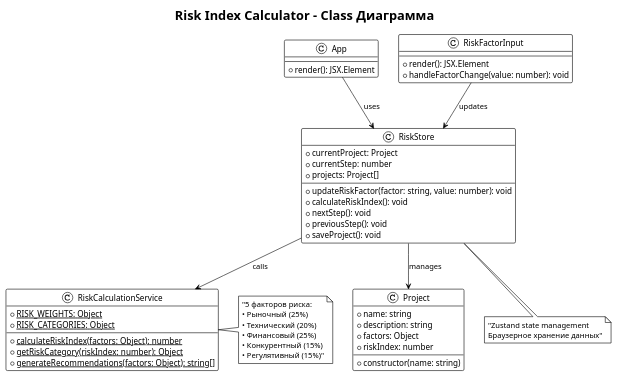
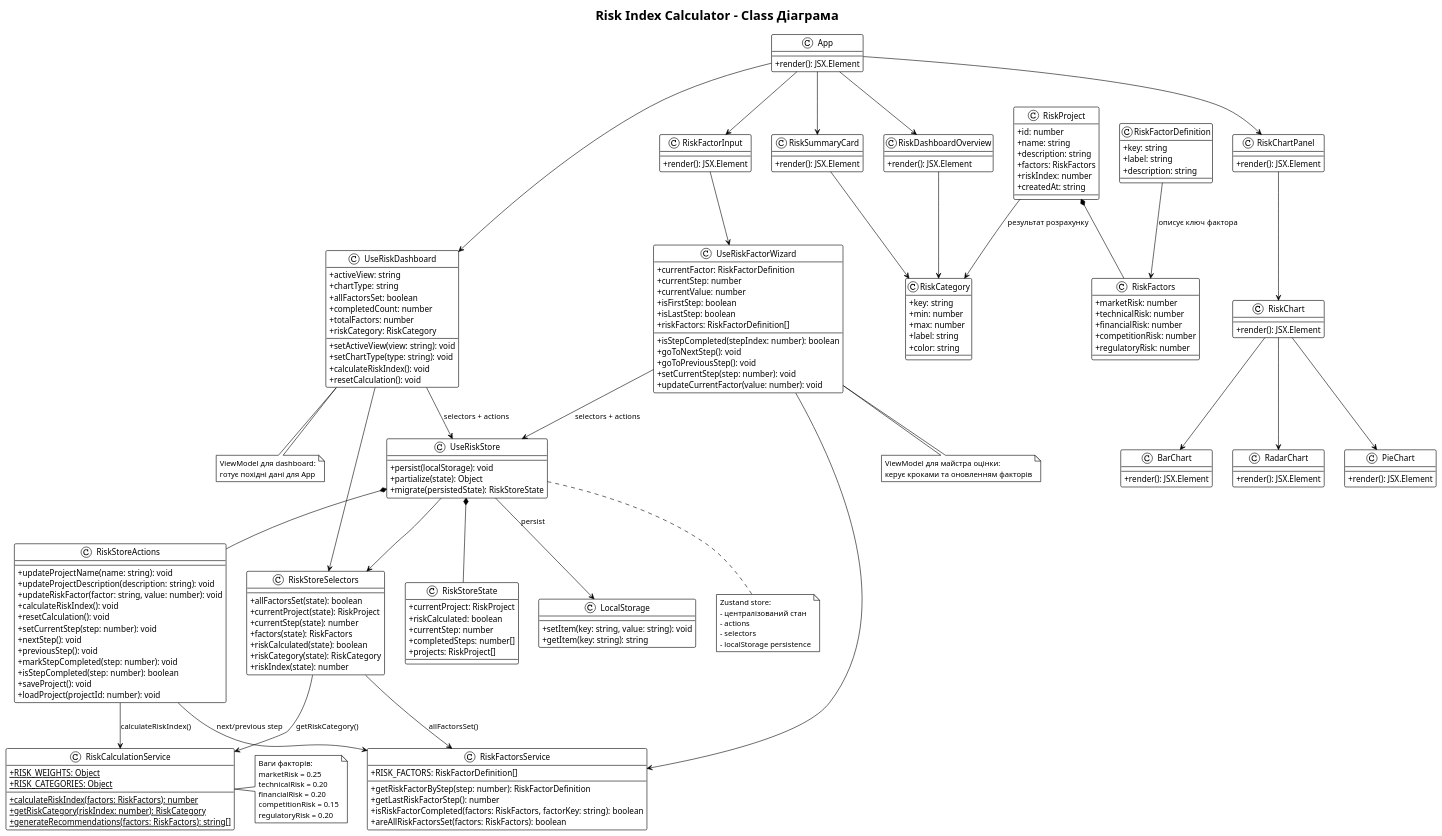
One commit to Ivan-Kukshyn/InnoRiskCalculator changed the diagram in UML/Class.puml. Above: the diagram before and after it, drawn with PlantUML. The commit also changed 21143 other files, not shown here.

```diff
--- a/UML/Class.puml
+++ b/UML/Class.puml
@@ -2,60 +2,226 @@
 
 !theme plain
 skinparam backgroundColor transparent
+skinparam classAttributeIconSize 0
+skinparam shadowing false
 
-title Risk Index Calculator - Class Диаграмма
+title Risk Index Calculator - Class Діаграма
 
-' Основные классы
-class Project {
+class RiskProject {
+  +id: number
   +name: string
   +description: string
-  +factors: Object
+  +factors: RiskFactors
   +riskIndex: number
-  --
-  +constructor(name: string)
+  +createdAt: string
+}
+
+class RiskFactors {
+  +marketRisk: number
+  +technicalRisk: number
+  +financialRisk: number
+  +competitionRisk: number
+  +regulatoryRisk: number
+}
+
+class RiskCategory {
+  +key: string
+  +min: number
+  +max: number
+  +label: string
+  +color: string
+}
+
+class RiskFactorDefinition {
+  +key: string
+  +label: string
+  +description: string
 }
 
 class RiskCalculationService {
   +{static} RISK_WEIGHTS: Object
   +{static} RISK_CATEGORIES: Object
   --
-  +{static} calculateRiskIndex(factors: Object): number
-  +{static} getRiskCategory(riskIndex: number): Object
-  +{static} generateRecommendations(factors: Object): string[]
+  +{static} calculateRiskIndex(factors: RiskFactors): number
+  +{static} getRiskCategory(riskIndex: number): RiskCategory
+  +{static} generateRecommendations(factors: RiskFactors): string[]
 }
 
-class RiskStore {
-  +currentProject: Project
+class RiskFactorsService {
+  +RISK_FACTORS: RiskFactorDefinition[]
+  --
+  +getRiskFactorByStep(step: number): RiskFactorDefinition
+  +getLastRiskFactorStep(): number
+  +isRiskFactorCompleted(factors: RiskFactors, factorKey: string): boolean
+  +areAllRiskFactorsSet(factors: RiskFactors): boolean
+}
+
+class RiskStoreState {
+  +currentProject: RiskProject
+  +riskCalculated: boolean
   +currentStep: number
-  +projects: Project[]
-  --
+  +completedSteps: number[]
+  +projects: RiskProject[]
+}
+
+class RiskStoreActions {
+  +updateProjectName(name: string): void
+  +updateProjectDescription(description: string): void
   +updateRiskFactor(factor: string, value: number): void
   +calculateRiskIndex(): void
+  +resetCalculation(): void
+  +setCurrentStep(step: number): void
   +nextStep(): void
   +previousStep(): void
+  +markStepCompleted(step: number): void
+  +isStepCompleted(step: number): boolean
   +saveProject(): void
+  +loadProject(projectId: number): void
+}
+
+class RiskStoreSelectors {
+  +allFactorsSet(state): boolean
+  +currentProject(state): RiskProject
+  +currentStep(state): number
+  +factors(state): RiskFactors
+  +riskCalculated(state): boolean
+  +riskCategory(state): RiskCategory
+  +riskIndex(state): number
+}
+
+class UseRiskStore {
+  +persist(localStorage): void
+  +partialize(state): Object
+  +migrate(persistedState): RiskStoreState
+}
+
+class UseRiskDashboard {
+  +activeView: string
+  +chartType: string
+  +allFactorsSet: boolean
+  +completedCount: number
+  +totalFactors: number
+  +riskCategory: RiskCategory
+  --
+  +setActiveView(view: string): void
+  +setChartType(type: string): void
+  +calculateRiskIndex(): void
+  +resetCalculation(): void
+}
+
+class UseRiskFactorWizard {
+  +currentFactor: RiskFactorDefinition
+  +currentStep: number
+  +currentValue: number
+  +isFirstStep: boolean
+  +isLastStep: boolean
+  +riskFactors: RiskFactorDefinition[]
+  --
+  +isStepCompleted(stepIndex: number): boolean
+  +goToNextStep(): void
+  +goToPreviousStep(): void
+  +setCurrentStep(step: number): void
+  +updateCurrentFactor(value: number): void
 }
 
 class App {
-  --
   +render(): JSX.Element
 }
 
 class RiskFactorInput {
-  --
   +render(): JSX.Element
-  +handleFactorChange(value: number): void
 }
 
-' Отношения
-RiskStore --> Project : manages
-App --> RiskStore : uses
-RiskFactorInput --> RiskStore : updates
-RiskStore --> RiskCalculationService : calls
+class RiskSummaryCard {
+  +render(): JSX.Element
+}
 
-' Заметки
-note right of RiskCalculationService : "5 факторов риска:\n• Рыночный (25%)\n• Технический (20%)\n• Финансовый (25%)\n• Конкурентный (15%)\n• Регулятивный (15%)"
+class RiskDashboardOverview {
+  +render(): JSX.Element
+}
 
-note bottom of RiskStore : "Zustand state management\nБраузерное хранение данных"
+class RiskChartPanel {
+  +render(): JSX.Element
+}
+
+class RiskChart {
+  +render(): JSX.Element
+}
+
+class BarChart {
+  +render(): JSX.Element
+}
+
+class RadarChart {
+  +render(): JSX.Element
+}
+
+class PieChart {
+  +render(): JSX.Element
+}
+
+class LocalStorage {
+  +setItem(key: string, value: string): void
+  +getItem(key: string): string
+}
+
+RiskProject *-- RiskFactors
+RiskProject --> RiskCategory : результат розрахунку
+RiskFactorDefinition --> RiskFactors : описує ключ фактора
+
+UseRiskStore *-- RiskStoreState
+UseRiskStore *-- RiskStoreActions
+UseRiskStore --> RiskStoreSelectors
+UseRiskStore --> LocalStorage : persist
+RiskStoreActions --> RiskCalculationService : calculateRiskIndex()
+RiskStoreActions --> RiskFactorsService : next/previous step
+RiskStoreSelectors --> RiskCalculationService : getRiskCategory()
+RiskStoreSelectors --> RiskFactorsService : allFactorsSet()
+
+UseRiskDashboard --> UseRiskStore : selectors + actions
+UseRiskDashboard --> RiskStoreSelectors
+UseRiskFactorWizard --> UseRiskStore : selectors + actions
+UseRiskFactorWizard --> RiskFactorsService
+
+App --> UseRiskDashboard
+App --> RiskDashboardOverview
+App --> RiskFactorInput
+App --> RiskSummaryCard
+App --> RiskChartPanel
+
+RiskFactorInput --> UseRiskFactorWizard
+RiskSummaryCard --> RiskCategory
+RiskDashboardOverview --> RiskCategory
+RiskChartPanel --> RiskChart
+RiskChart --> BarChart
+RiskChart --> RadarChart
+RiskChart --> PieChart
+
+note right of RiskCalculationService
+  Ваги факторів:
+  marketRisk = 0.25
+  technicalRisk = 0.20
+  financialRisk = 0.20
+  competitionRisk = 0.15
+  regulatoryRisk = 0.20
+end note
+
+note bottom of UseRiskStore
+  Zustand store:
+  - централізований стан
+  - actions
+  - selectors
+  - localStorage persistence
+end note
+
+note bottom of UseRiskDashboard
+  ViewModel для dashboard:
+  готує похідні дані для App
+end note
+
+note bottom of UseRiskFactorWizard
+  ViewModel для майстра оцінки:
+  керує кроками та оновленням факторів
+end note
 
 @enduml
```
